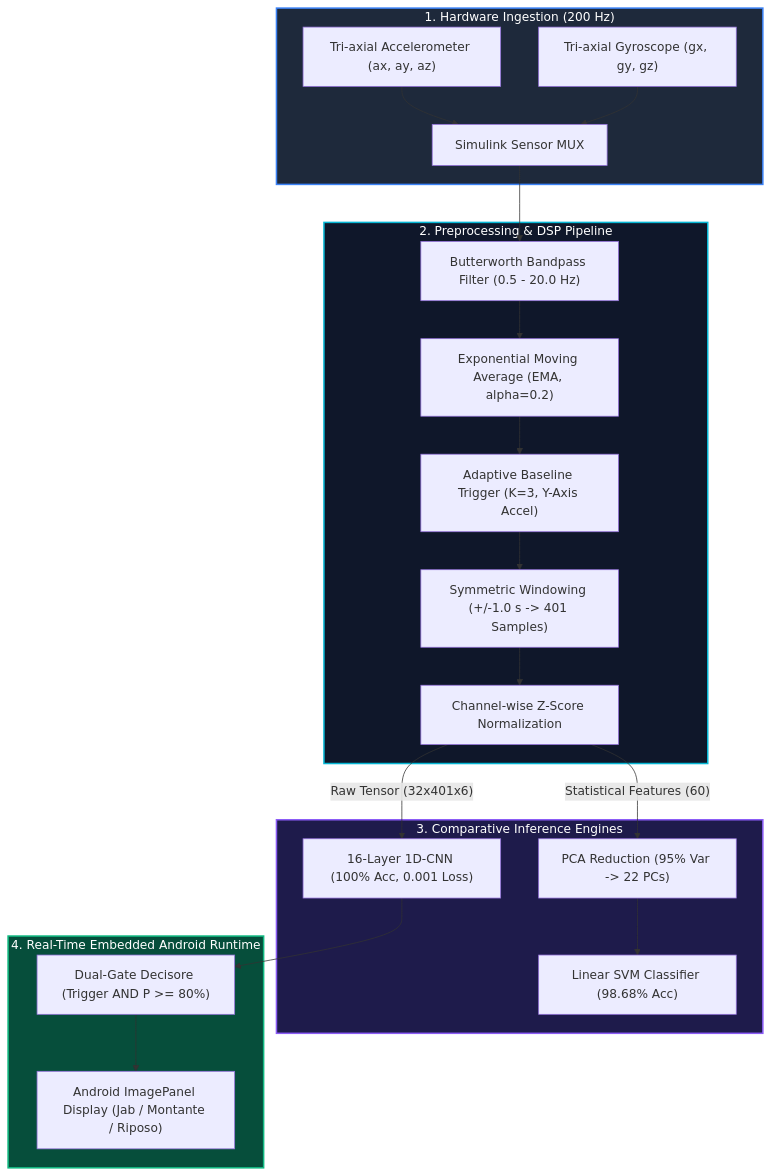
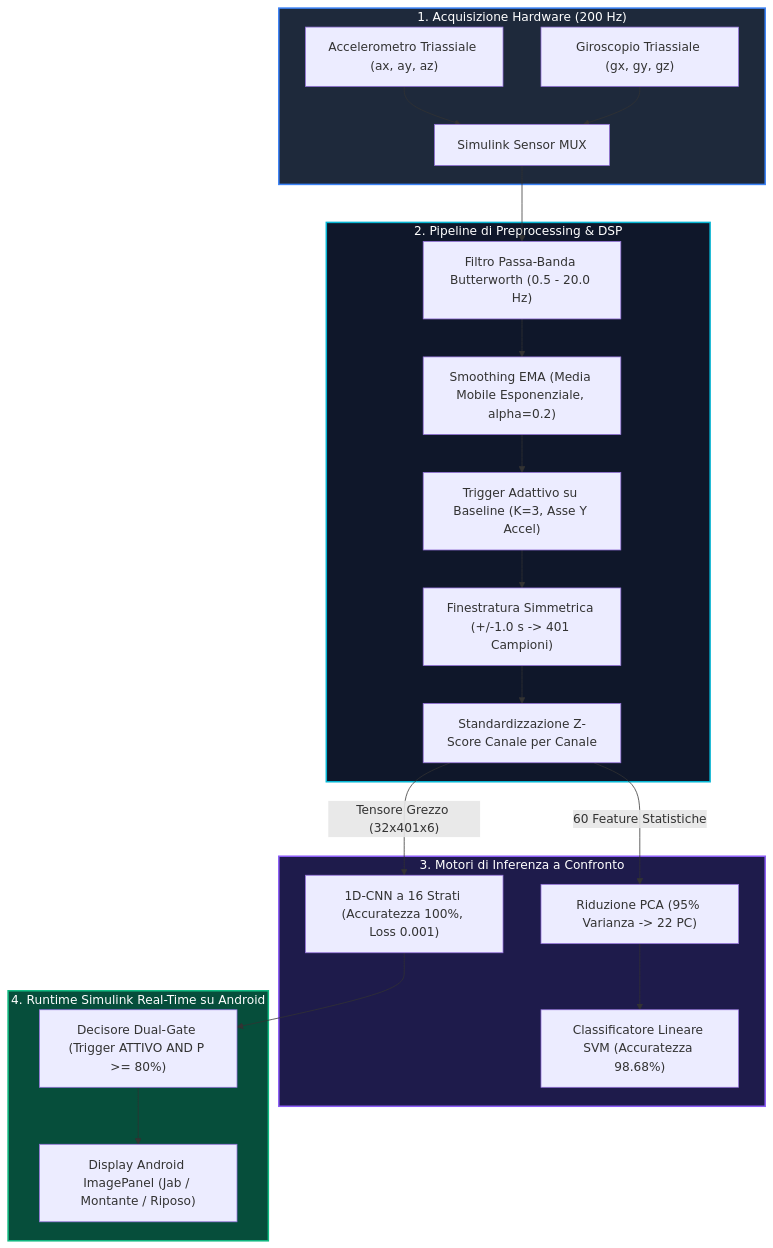
Before and after one commit to Rareinosod/Real-Time-Embedded-AI-Inertial-Sensor-Processing: the diagram in README.md, drawn with Mermaid. The commit also changed other lines of this file, not shown here.

````diff
--- a/README.md
+++ b/README.md
@@ -28,31 +28,31 @@
 ```mermaid
 flowchart TD
-    subgraph SENSORS ["1. Hardware Ingestion (200 Hz)"]
-        S1["Tri-axial Accelerometer (ax, ay, az)"] --> MUX["Simulink Sensor MUX"]
-        S2["Tri-axial Gyroscope (gx, gy, gz)"] --> MUX
+    subgraph SENSORS ["1. Acquisizione Hardware (200 Hz)"]
+        S1["Accelerometro Triassiale (ax, ay, az)"] --> MUX["Simulink Sensor MUX"]
+        S2["Giroscopio Triassiale (gx, gy, gz)"] --> MUX
     end
 
-    subgraph DSP ["2. Preprocessing & DSP Pipeline"]
-        MUX --> BPF["Butterworth Bandpass Filter (0.5 - 20.0 Hz)"]
-        BPF --> EMA["Exponential Moving Average (EMA, alpha=0.2)"]
-        EMA --> TRG["Adaptive Baseline Trigger (K=3, Y-Axis Accel)"]
-        TRG --> WIN["Symmetric Windowing (+/-1.0 s -> 401 Samples)"]
-        WIN --> ZSC["Channel-wise Z-Score Normalization"]
+    subgraph DSP ["2. Pipeline di Preprocessing & DSP"]
+        MUX --> BPF["Filtro Passa-Banda Butterworth (0.5 - 20.0 Hz)"]
+        BPF --> EMA["Smoothing EMA (Media Mobile Esponenziale, alpha=0.2)"]
+        EMA --> TRG["Trigger Adattivo su Baseline (K=3, Asse Y Accel)"]
+        TRG --> WIN["Finestratura Simmetrica (+/-1.0 s -> 401 Campioni)"]
+        WIN --> ZSC["Standardizzazione Z-Score Canale per Canale"]
     end
 
-    subgraph MODELS ["3. Comparative Inference Engines"]
-        ZSC -->|"Statistical Features (60)"| PCA["PCA Reduction (95% Var -> 22 PCs)"]
-        PCA --> SVM["Linear SVM Classifier (98.68% Acc)"]
-        ZSC -->|"Raw Tensor (32x401x6)"| CNN["16-Layer 1D-CNN (100% Acc, 0.001 Loss)"]
+    subgraph MODELS ["3. Motori di Inferenza a Confronto"]
+        ZSC -->|"60 Feature Statistiche"| PCA["Riduzione PCA (95% Varianza -> 22 PC)"]
+        PCA --> SVM["Classificatore Lineare SVM (Accuratezza 98.68%)"]
+        ZSC -->|"Tensore Grezzo (32x401x6)"| CNN["1D-CNN a 16 Strati (Accuratezza 100%, Loss 0.001)"]
     end
 
-    subgraph DEPLOY ["4. Real-Time Embedded Android Runtime"]
-        CNN --> GATE["Dual-Gate Decisore (Trigger AND P >= 80%)"]
-        GATE --> DISP["Android ImagePanel Display (Jab / Montante / Riposo)"]
+    subgraph DEPLOY ["4. Runtime Simulink Real-Time su Android"]
+        CNN --> GATE["Decisore Dual-Gate (Trigger ATTIVO AND P >= 80%)"]
+        GATE --> DISP["Display Android ImagePanel (Jab / Montante / Riposo)"]
     end
 
     style SENSORS fill:#1e293b,stroke:#3b82f6,stroke-width:2px,color:#fff
     style DSP fill:#0f172a,stroke:#06b6d4,stroke-width:2px,color:#fff
     style MODELS fill:#1e1b4b,stroke:#8b5cf6,stroke-width:2px,color:#fff
     style DEPLOY fill:#064e3b,stroke:#10b981,stroke-width:2px,color:#fff
 ```
````
